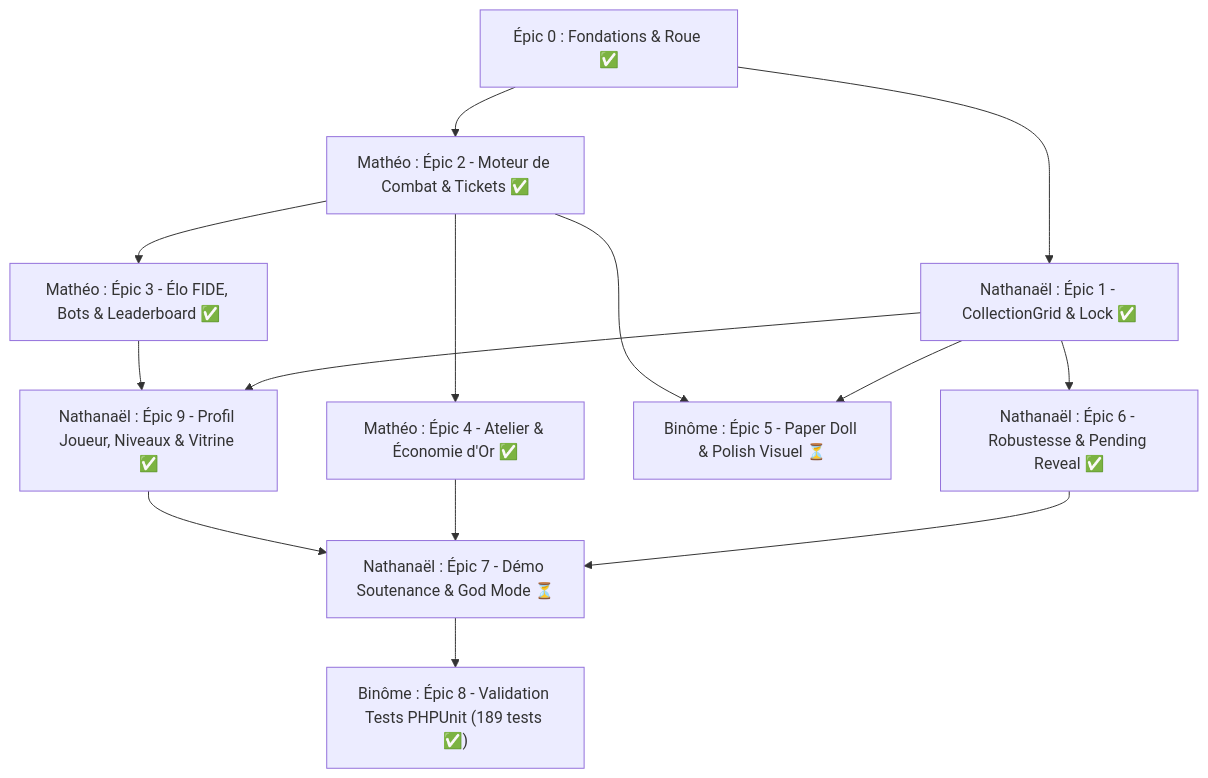
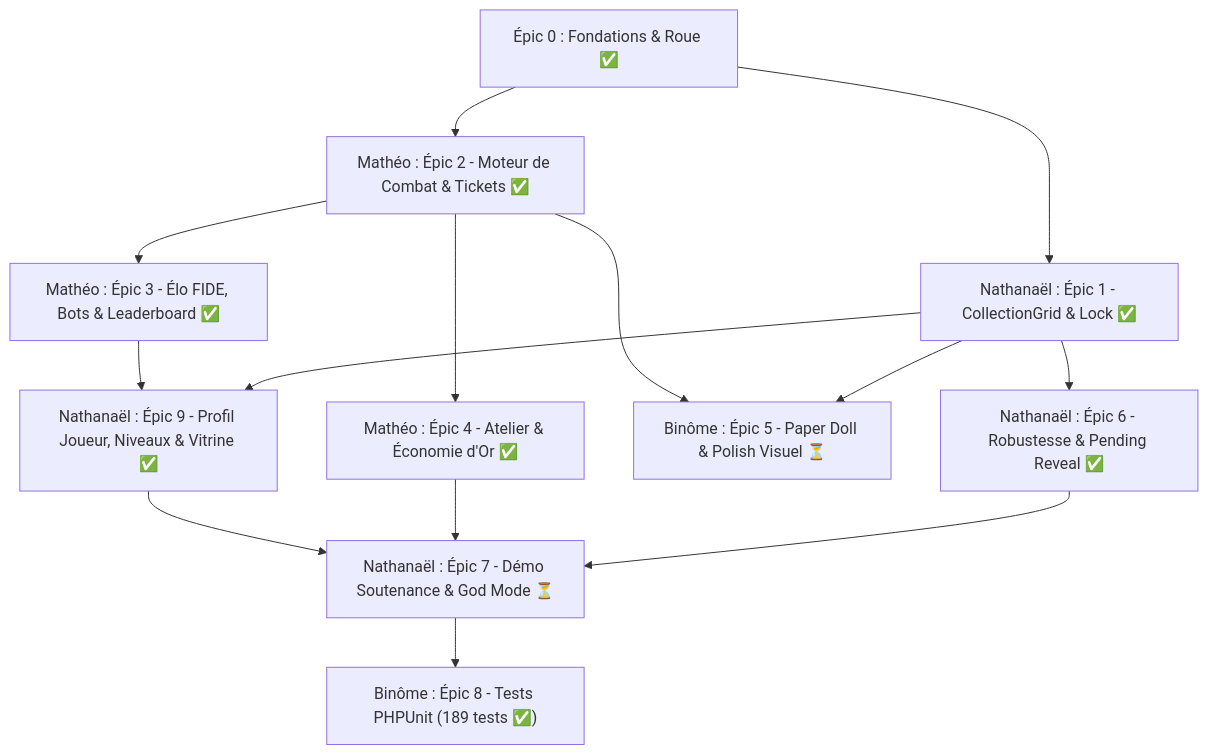
Before and after one commit to NathOof30/wheelborn: the diagram in tickets.md, drawn with Mermaid. The commit also changed other lines of this file and 17 other files, not shown here.

````diff
--- a/tickets.md
+++ b/tickets.md
@@ -732,12 +71,12 @@
 ```mermaid
 graph TD
     A["Épic 0 : Fondations & Roue ✅"] --> B["Nathanaël : Épic 1 - CollectionGrid & Lock ✅"]
     A --> C["Mathéo : Épic 2 - Moteur de Combat & Tickets ✅"]
     C --> D["Mathéo : Épic 3 - Élo FIDE, Bots & Leaderboard ✅"]
     B --> E["Nathanaël : Épic 6 - Robustesse & Pending Reveal ✅"]
     C --> F["Mathéo : Épic 4 - Atelier & Économie d'Or ✅"]
     B & C --> G["Binôme : Épic 5 - Paper Doll & Polish Visuel ⏳"]
     B & D --> J["Nathanaël : Épic 9 - Profil Joueur, Niveaux & Vitrine ✅"]
     E & F & J --> H["Nathanaël : Épic 7 - Démo Soutenance & God Mode ⏳"]
-    H --> I["Binôme : Épic 8 - Validation Tests PHPUnit (189 tests ✅)"]
+    H --> I["Binôme : Épic 8 - Tests PHPUnit (189 tests ✅)"]
 ```
````
